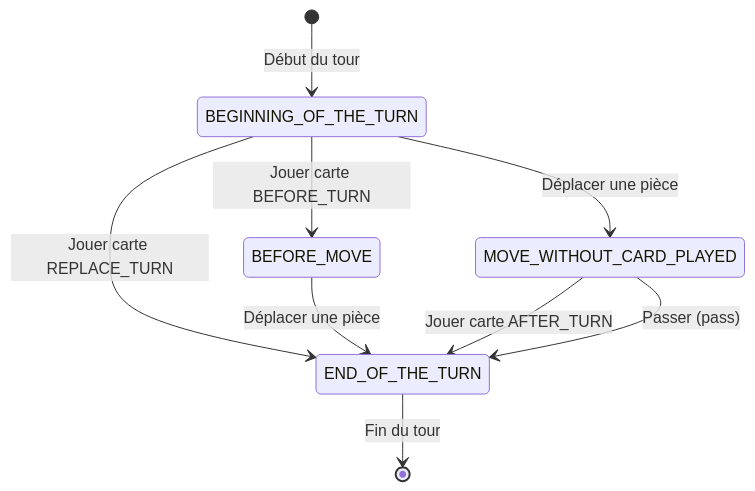
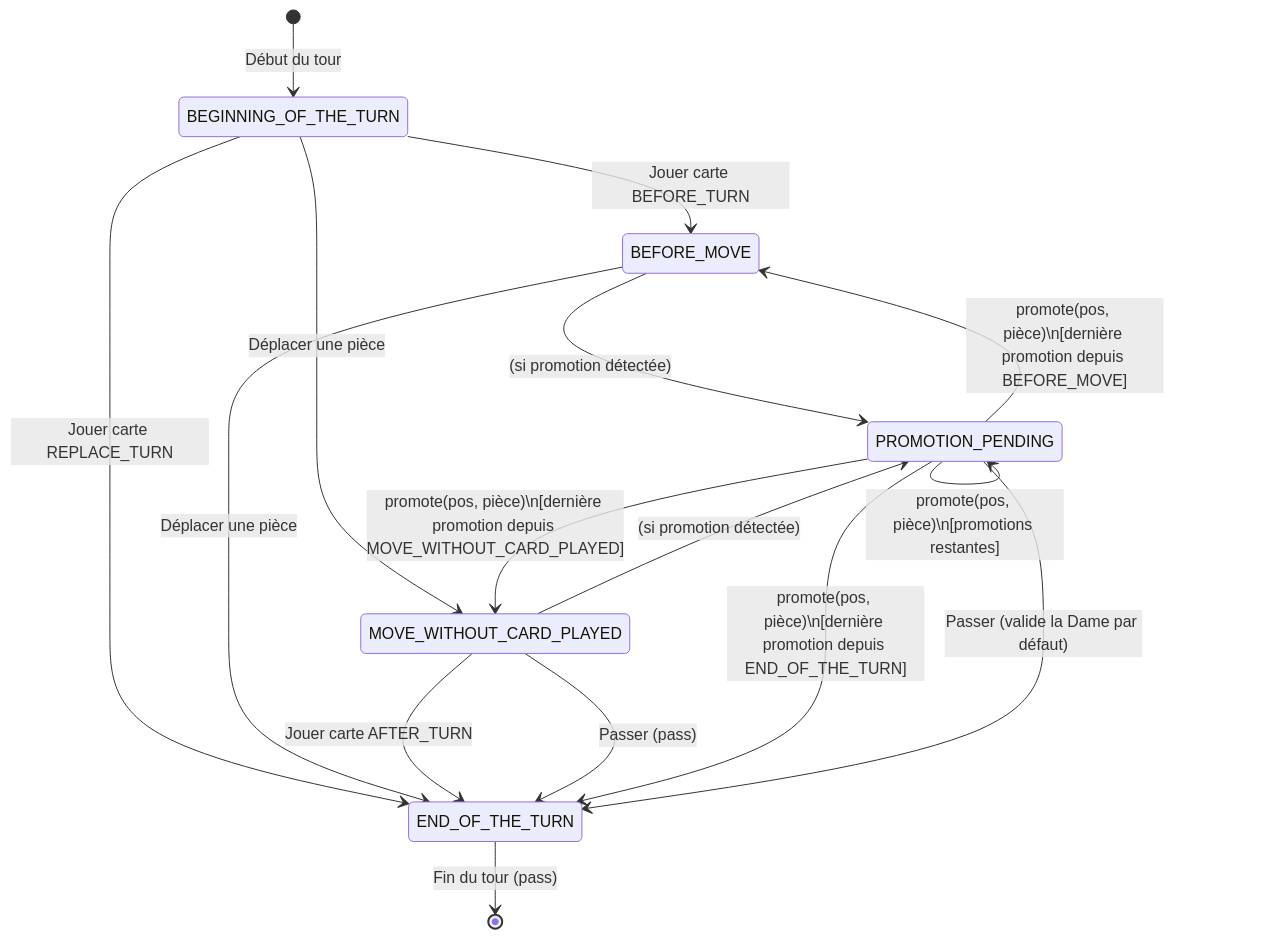
One commit to Joalien/StormOnTheChessBoard changed the diagram in domain/src/main/java/fr/kubys/game/TurnStateMachine.md. Above: the diagram before and after it, drawn with Mermaid. The commit also changed other lines of this file and 18 other files, not shown here.

````diff
--- a/domain/src/main/java/fr/kubys/game/TurnStateMachine.md
+++ b/domain/src/main/java/fr/kubys/game/TurnStateMachine.md
@@ -7,15 +7,23 @@
 ```mermaid
 stateDiagram-v2
     [*] --> BEGINNING_OF_THE_TURN: Début du tour
 
     BEGINNING_OF_THE_TURN --> BEFORE_MOVE: Jouer carte BEFORE_TURN
     BEGINNING_OF_THE_TURN --> END_OF_THE_TURN: Jouer carte REPLACE_TURN
     BEGINNING_OF_THE_TURN --> MOVE_WITHOUT_CARD_PLAYED: Déplacer une pièce
 
     BEFORE_MOVE --> END_OF_THE_TURN: Déplacer une pièce
+    BEFORE_MOVE --> PROMOTION_PENDING: (si promotion détectée)
 
     MOVE_WITHOUT_CARD_PLAYED --> END_OF_THE_TURN: Jouer carte AFTER_TURN
     MOVE_WITHOUT_CARD_PLAYED --> END_OF_THE_TURN: Passer (pass)
+    MOVE_WITHOUT_CARD_PLAYED --> PROMOTION_PENDING: (si promotion détectée)
 
-    END_OF_THE_TURN --> [*]: Fin du tour
+    END_OF_THE_TURN --> [*]: Fin du tour (pass)
+
+    PROMOTION_PENDING --> PROMOTION_PENDING: promote(pos, pièce)\n[promotions restantes]
+    PROMOTION_PENDING --> BEFORE_MOVE: promote(pos, pièce)\n[dernière promotion depuis BEFORE_MOVE]
+    PROMOTION_PENDING --> END_OF_THE_TURN: promote(pos, pièce)\n[dernière promotion depuis END_OF_THE_TURN]
+    PROMOTION_PENDING --> MOVE_WITHOUT_CARD_PLAYED: promote(pos, pièce)\n[dernière promotion depuis MOVE_WITHOUT_CARD_PLAYED]
+    PROMOTION_PENDING --> END_OF_THE_TURN: Passer (valide la Dame par défaut)
 ```
````
